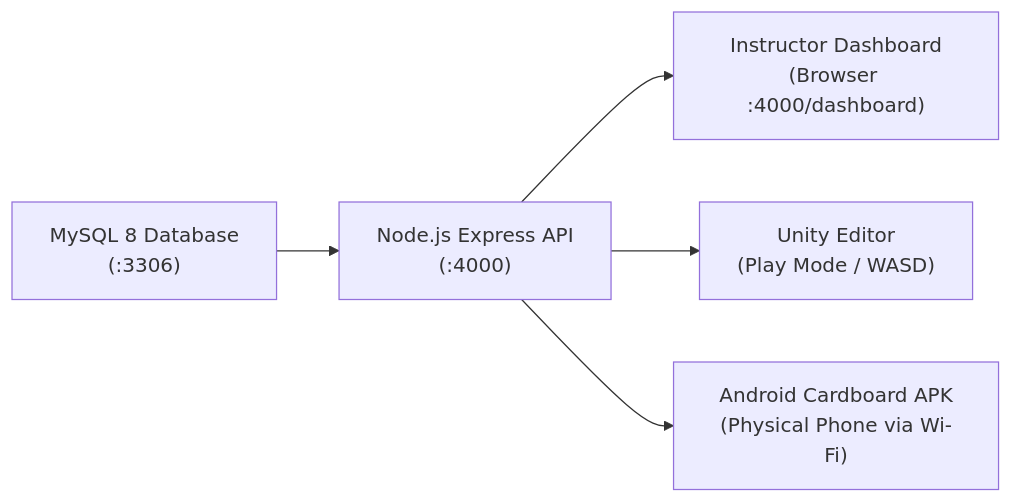
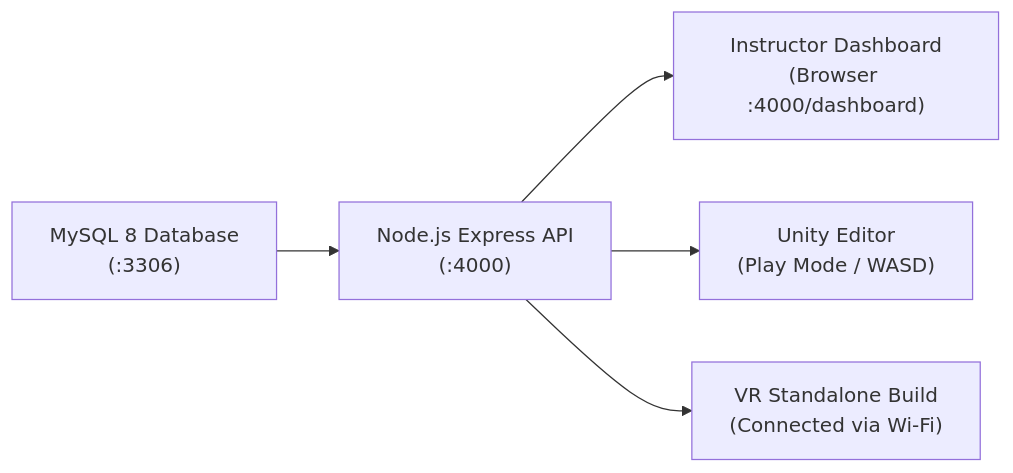
Before and after one commit to hackerrorwottt/DrillVR: the sixth of 6 diagrams in README.md, drawn with Mermaid. The commit also changed other lines of this file, not shown here.

````diff
--- a/README.md
+++ b/README.md
@@ -564,7 +564,7 @@
 ```mermaid
 flowchart LR
     A["MySQL 8 Database\n(:3306)"] --> B["Node.js Express API\n(:4000)"]
     B --> C["Instructor Dashboard\n(Browser :4000/dashboard)"]
     B --> D["Unity Editor\n(Play Mode / WASD)"]
-    B --> E["Android Cardboard APK\n(Physical Phone via Wi-Fi)"]
+    B --> E["VR Standalone Build\n(Connected via Wi-Fi)"]
 ```
````
